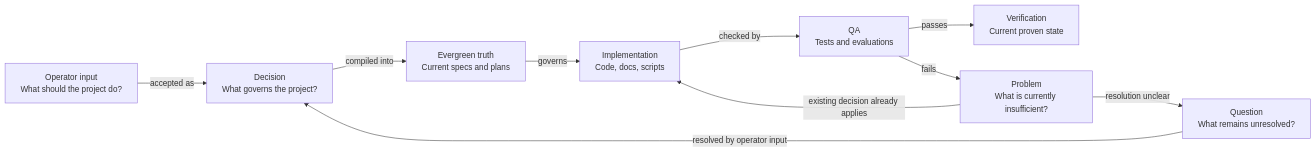
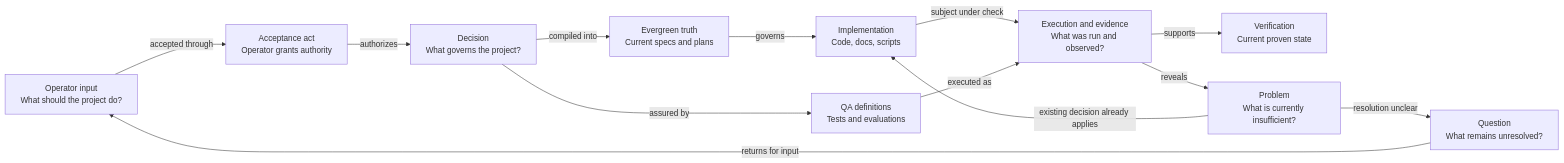
One commit to anatoly-m-maslennikov/dset-specs-loops-framework changed the diagram in README.md. Above: the diagram before and after it, drawn with Mermaid. The commit also changed other lines of this file and 9 other files, not shown here.

````diff
--- a/README.md
+++ b/README.md
@@ -25,22 +25,27 @@
 ```mermaid
 flowchart LR
     O["Operator input<br/>What should the project do?"]
+    A["Acceptance act<br/>Operator grants authority"]
     D["Decision<br/>What governs the project?"]
     E["Evergreen truth<br/>Current specs and plans"]
     I["Implementation<br/>Code, docs, scripts"]
-    QA["QA<br/>Tests and evaluations"]
+    QA["QA definitions<br/>Tests and evaluations"]
+    X["Execution and evidence<br/>What was run and observed?"]
     V["Verification<br/>Current proven state"]
     Q["Question<br/>What remains unresolved?"]
     P["Problem<br/>What is currently insufficient?"]
 
-    O -->|"accepted as"| D
+    O -->|"accepted through"| A
+    A -->|"authorizes"| D
     D -->|"compiled into"| E
     E -->|"governs"| I
-    I -->|"checked by"| QA
-    QA -->|"passes"| V
+    D -->|"assured by"| QA
+    I -->|"subject under check"| X
+    QA -->|"executed as"| X
+    X -->|"supports"| V
 
-    Q -->|"resolved by operator input"| D
-    QA -->|"fails"| P
+    Q -->|"returns for input"| O
+    X -->|"reveals"| P
     P -->|"resolution unclear"| Q
     P -->|"existing decision already applies"| I
 ```
````
